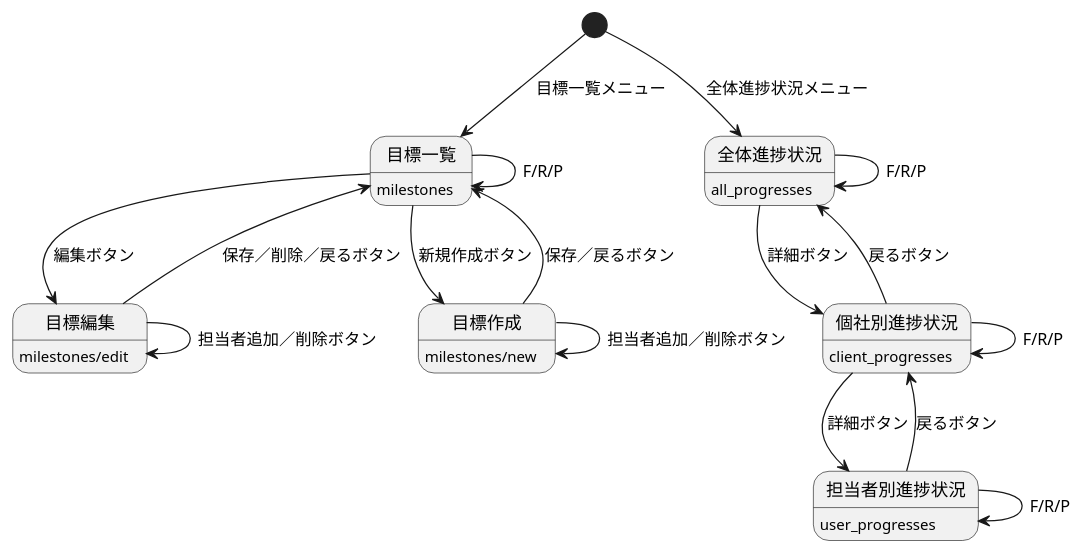
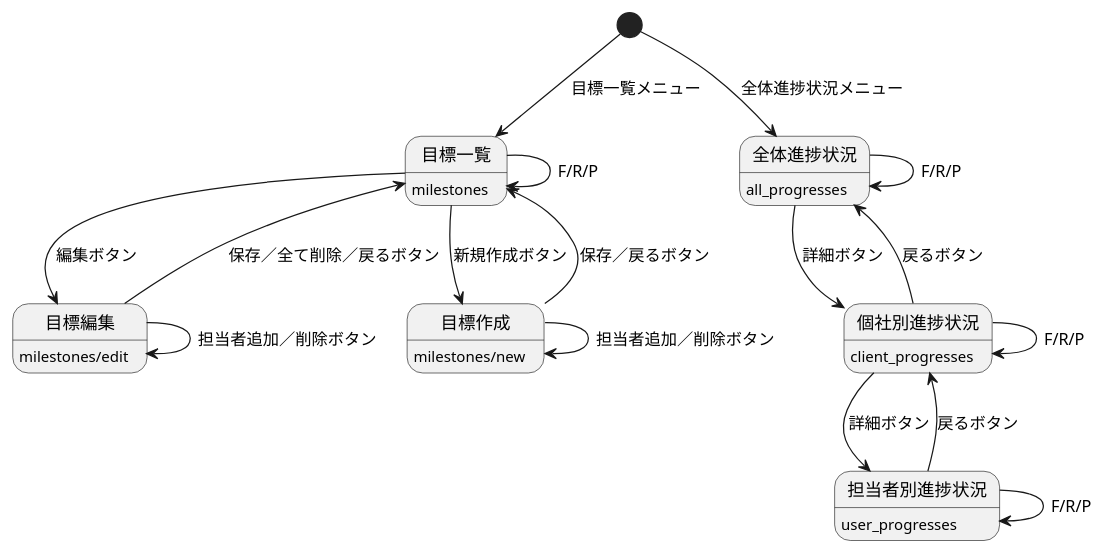
One commit to cedge1michi/tass_mock-frontend changed the diagram in docs/milestones.pu. Above: the diagram before and after it, drawn with PlantUML. The commit also changed 5 other files, not shown here.

```diff
--- a/docs/milestones.pu
+++ b/docs/milestones.pu
@@ -1,33 +1,33 @@
 @startuml 目標管理
 [*]--> 目標一覧: 目標一覧メニュー
 
 目標一覧 --> 目標編集: 編集ボタン
-目標編集 --> 目標一覧: 保存／削除／戻るボタン
+目標編集 --> 目標一覧: 保存／全て削除／戻るボタン
 
 目標一覧 --> 目標作成: 新規作成ボタン
 目標作成 --> 目標一覧: 保存／戻るボタン
 
 目標一覧 --> 目標一覧: F/R/P
 目標編集 --> 目標編集: 担当者追加／削除ボタン
 目標作成 --> 目標作成: 担当者追加／削除ボタン
 
 目標一覧: milestones
 目標作成: milestones/new
 目標編集: milestones/edit
 
 [*] --> 全体進捗状況: 全体進捗状況メニュー
 
 全体進捗状況 --> 個社別進捗状況: 詳細ボタン
 個社別進捗状況 --> 全体進捗状況: 戻るボタン
 
 個社別進捗状況 --> 担当者別進捗状況: 詳細ボタン
 担当者別進捗状況 --> 個社別進捗状況: 戻るボタン
 
 全体進捗状況 --> 全体進捗状況: F/R/P
 個社別進捗状況 --> 個社別進捗状況: F/R/P
 担当者別進捗状況 --> 担当者別進捗状況: F/R/P
 
 全体進捗状況: all_progresses
 個社別進捗状況: client_progresses
 担当者別進捗状況: user_progresses
 @enduml
```
